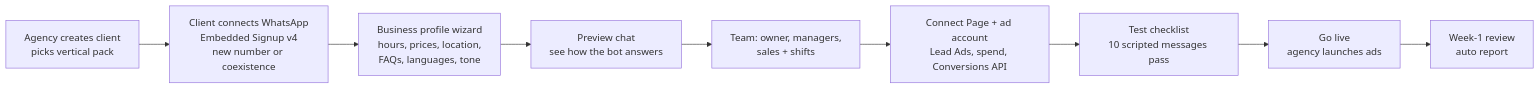
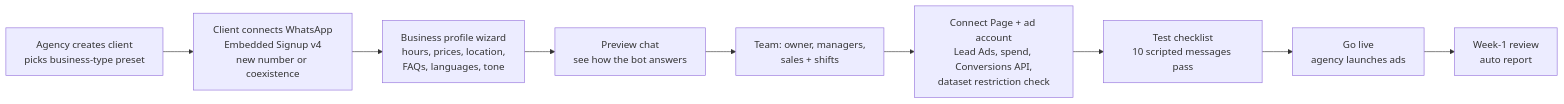
The diagram in docs/ONBOARDING.md (kaamilstudiesig/GKF-WA), drawn with Mermaid before and after one commit. The commit also changed other lines of this file and 6 other files, not shown here.

````diff
--- a/docs/ONBOARDING.md
+++ b/docs/ONBOARDING.md
@@ -7,11 +7,11 @@
 ```mermaid
 flowchart LR
-  S1[Agency creates client<br/>picks vertical pack] --> S2[Client connects WhatsApp<br/>Embedded Signup v4<br/>new number or coexistence]
+  S1[Agency creates client<br/>picks business-type preset] --> S2[Client connects WhatsApp<br/>Embedded Signup v4<br/>new number or coexistence]
   S2 --> S3[Business profile wizard<br/>hours, prices, location,<br/>FAQs, languages, tone]
   S3 --> S4[Preview chat<br/>see how the bot answers]
   S4 --> S5[Team: owner, managers,<br/>sales + shifts]
-  S5 --> S6[Connect Page + ad account<br/>Lead Ads, spend, Conversions API]
+  S5 --> S6[Connect Page + ad account<br/>Lead Ads, spend, Conversions API,<br/>dataset restriction check]
   S6 --> S7[Test checklist<br/>10 scripted messages pass]
   S7 --> S8[Go live<br/>agency launches ads]
   S8 --> S9[Week-1 review<br/>auto report]
 ```
````
